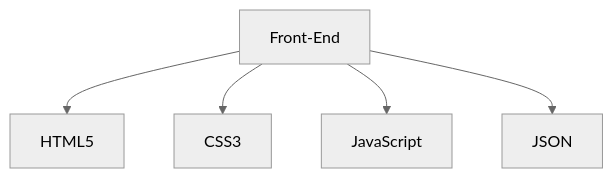
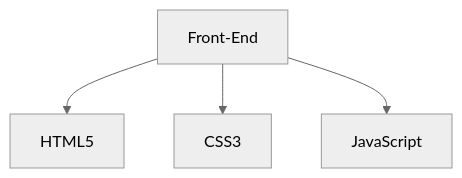
The first of 3 diagrams in README.md (Victor-A-P/Victor-A-P), drawn with Mermaid (neutral theme) before and after one commit. The commit also changed other lines of this file, not shown here.

````diff
--- a/README.md
+++ b/README.md
@@ -103,8 +103,8 @@
 ```mermaid
 graph TD;
     Front-End-->HTML5;
     Front-End-->CSS3;
     Front-End-->JavaScript;
-    Front-End-->JSON;
+   
    
 ```
````
